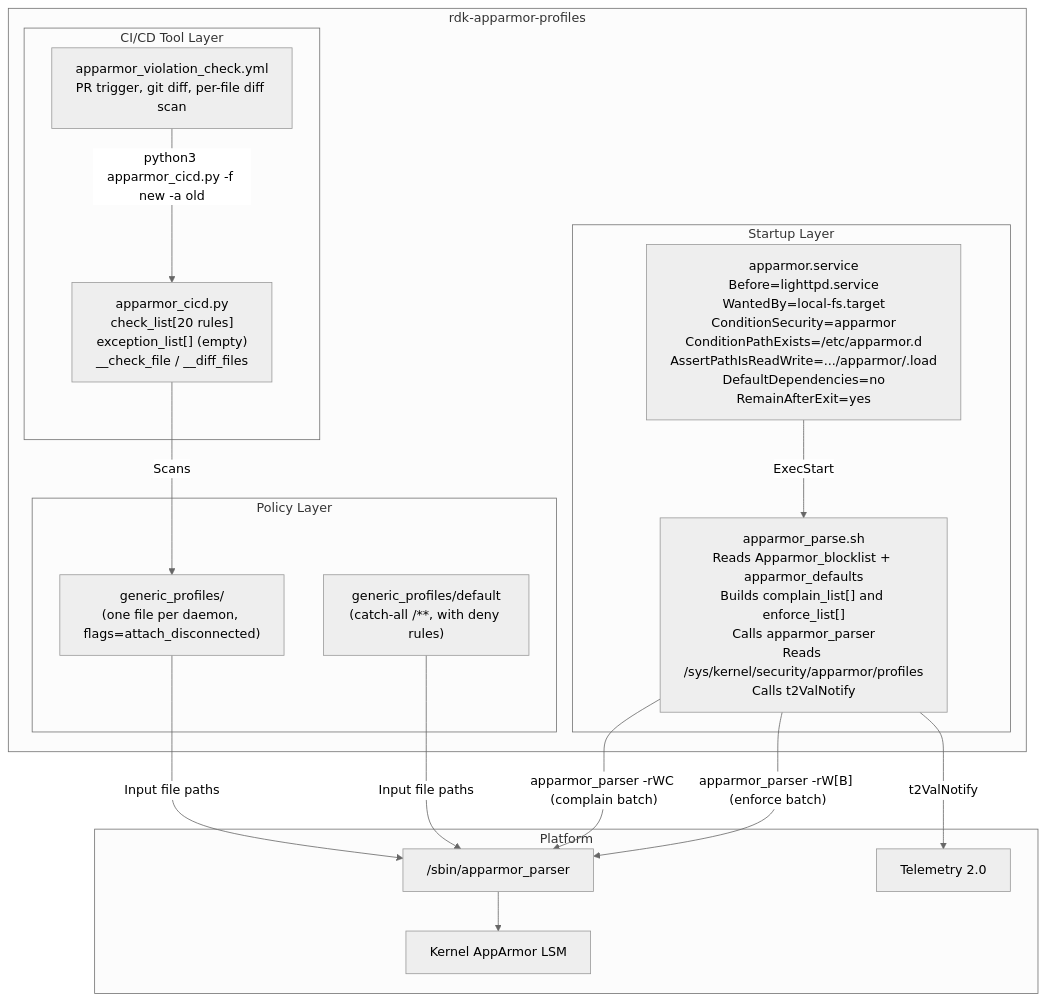
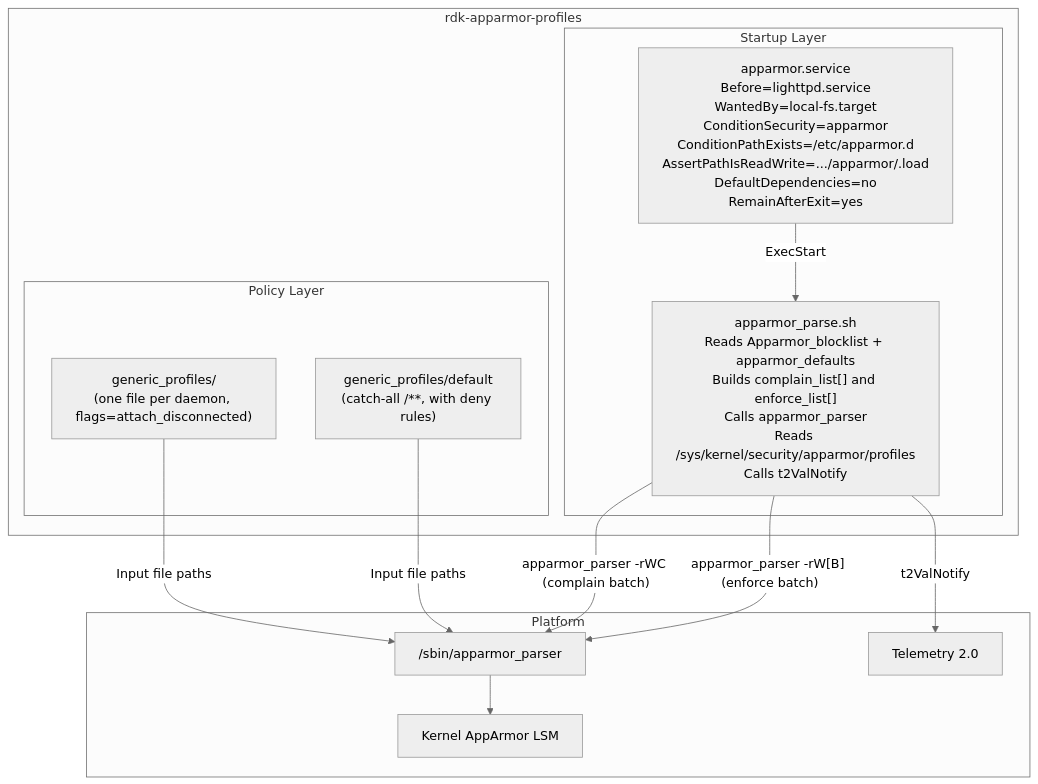
Before and after one commit to rns21/RDK_Documentation: the third of 8 diagrams in docs/docu/RDKV-Documentations/rdk-apparmor-profiles.md, drawn with Mermaid (neutral theme). The commit also changed other lines of this file, not shown here.

````diff
--- a/docs/docu/RDKV-Documentations/rdk-apparmor-profiles.md
+++ b/docs/docu/RDKV-Documentations/rdk-apparmor-profiles.md
@@ -101,33 +115,27 @@
 ```mermaid
 graph TD
     subgraph ComponentBoundary ["rdk-apparmor-profiles"]
         subgraph StartupLayer ["Startup Layer"]
             SVC["apparmor.service\nBefore=lighttpd.service\nWantedBy=local-fs.target\nConditionSecurity=apparmor\nConditionPathExists=/etc/apparmor.d\nAssertPathIsReadWrite=.../apparmor/.load\nDefaultDependencies=no\nRemainAfterExit=yes"]
             SH["apparmor_parse.sh\nReads Apparmor_blocklist + apparmor_defaults\nBuilds complain_list[] and enforce_list[]\nCalls apparmor_parser\nReads /sys/kernel/security/apparmor/profiles\nCalls t2ValNotify"]
         end
         subgraph PolicyLayer ["Policy Layer"]
             PROFILES["generic_profiles/\n(one file per daemon, flags=attach_disconnected)"]
             DEFAULT_PROF["generic_profiles/default\n(catch-all /**, with deny rules)"]
-        end
-        subgraph ToolLayer ["CI/CD Tool Layer"]
-            PY["apparmor_cicd.py\ncheck_list[20 rules]\nexception_list[] (empty)\n__check_file / __diff_files"]
-            WF["apparmor_violation_check.yml\nPR trigger, git diff, per-file diff scan"]
         end
     end
 
     subgraph PlatformLayer ["Platform"]
         PARSER["/sbin/apparmor_parser"]
         KERNEL["Kernel AppArmor LSM"]
         T2["Telemetry 2.0"]
     end
 
     SVC -->|ExecStart| SH
     SH -->|"apparmor_parser -rWC (complain batch)"| PARSER
     SH -->|"apparmor_parser -rW[B] (enforce batch)"| PARSER
     PROFILES -->|"Input file paths"| PARSER
     DEFAULT_PROF -->|"Input file paths"| PARSER
     PARSER --> KERNEL
     SH -->|t2ValNotify| T2
-    WF -->|"python3 apparmor_cicd.py -f new -a old"| PY
-    PY -->|Scans| PROFILES
 ```
````
